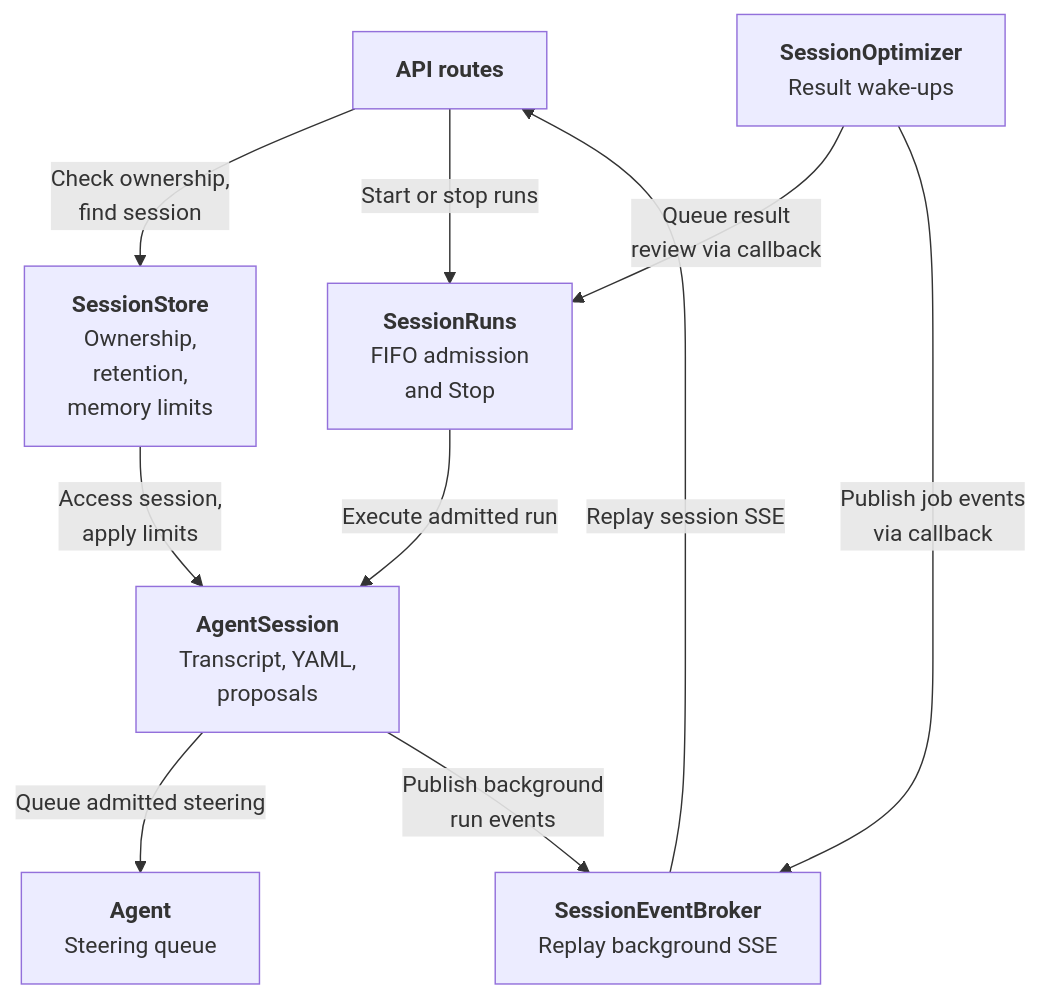
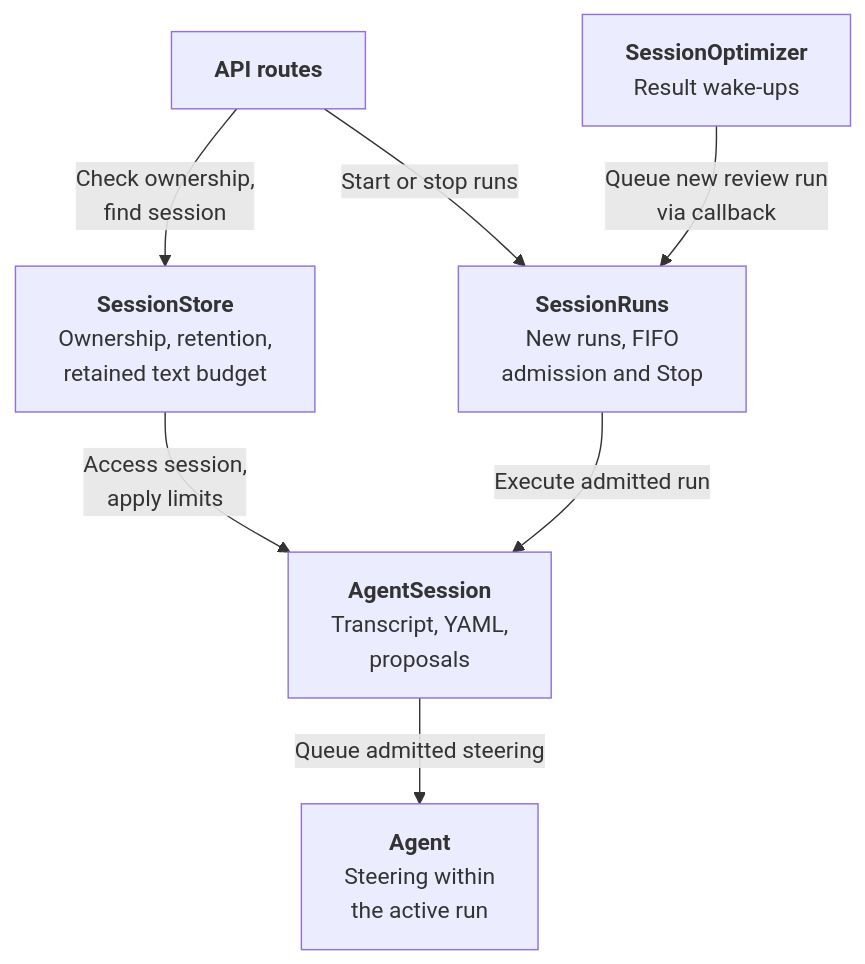
One commit to j3soon/nurse-scheduling changed the third of 15 diagrams in docs/content/developer-guide/ai-assistant.md. Above: the diagram before and after it, drawn with Mermaid. The commit also changed other lines of this file and 1 other file, not shown here.

First line of the commit message:
docs(ai): caption figures and clarify session event delivery

````diff
--- a/docs/content/developer-guide/ai-assistant.md
+++ b/docs/content/developer-guide/ai-assistant.md
@@ -128,21 +132,17 @@
 ```mermaid
 flowchart TB
     Routes[<b>API routes</b>]
-    Store[<b>SessionStore</b><br/>Ownership,<br/>retention,<br/>memory limits]
-    Queue[<b>SessionRuns</b><br/>FIFO admission<br/>and Stop]
+    Store[<b>SessionStore</b><br/>Ownership, retention,<br/>retained text budget]
+    Queue[<b>SessionRuns</b><br/>New runs, FIFO<br/>admission and Stop]
     Session[<b>AgentSession</b><br/>Transcript, YAML,<br/>proposals]
-    Agent[<b>Agent</b><br/>Steering queue]
+    Agent[<b>Agent</b><br/>Steering within<br/>the active run]
     Jobs[<b>SessionOptimizer</b><br/>Result wake-ups]
-    Events[<b>SessionEventBroker</b><br/>Replay background SSE]
 
     Routes -->|Check ownership,<br/>find session| Store
     Store -->|Access session,<br/>apply limits| Session
     Routes -->|Start or stop runs| Queue
     Queue -->|Execute admitted run| Session
     Session -->|Queue admitted steering| Agent
-    Jobs -->|Queue result<br/>review via callback| Queue
-    Session -->|Publish background<br/>run events| Events
-    Jobs -->|Publish job events<br/>via callback| Events
-    Events -->|Replay session SSE| Routes
+    Jobs -->|Queue new review run<br/>via callback| Queue
 
 ```
````
